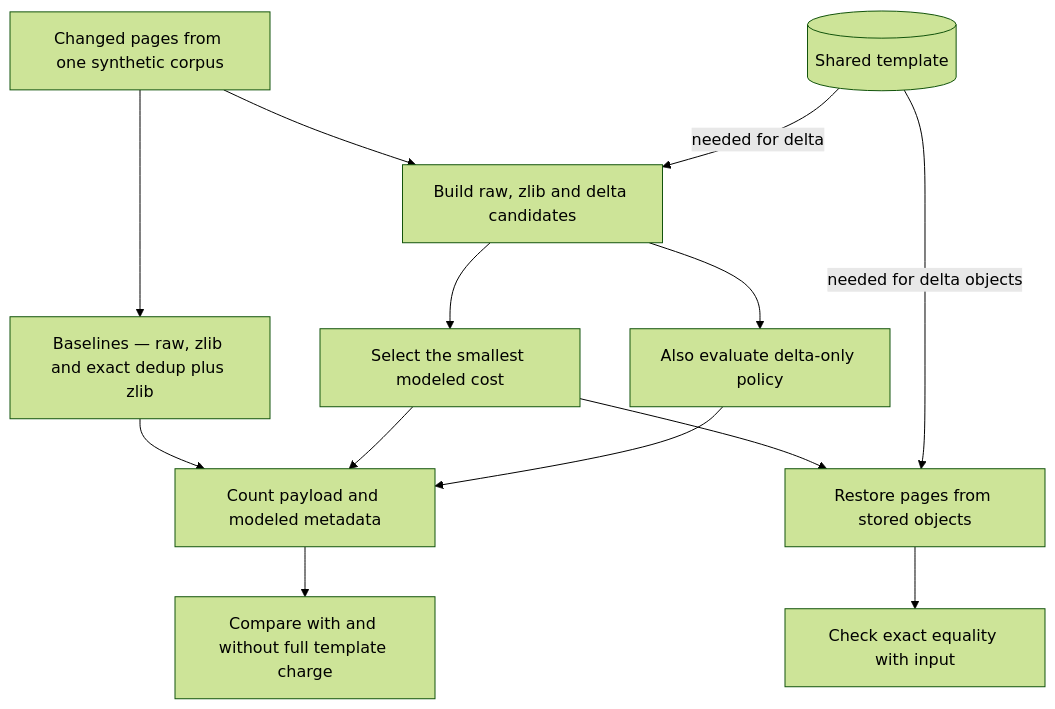
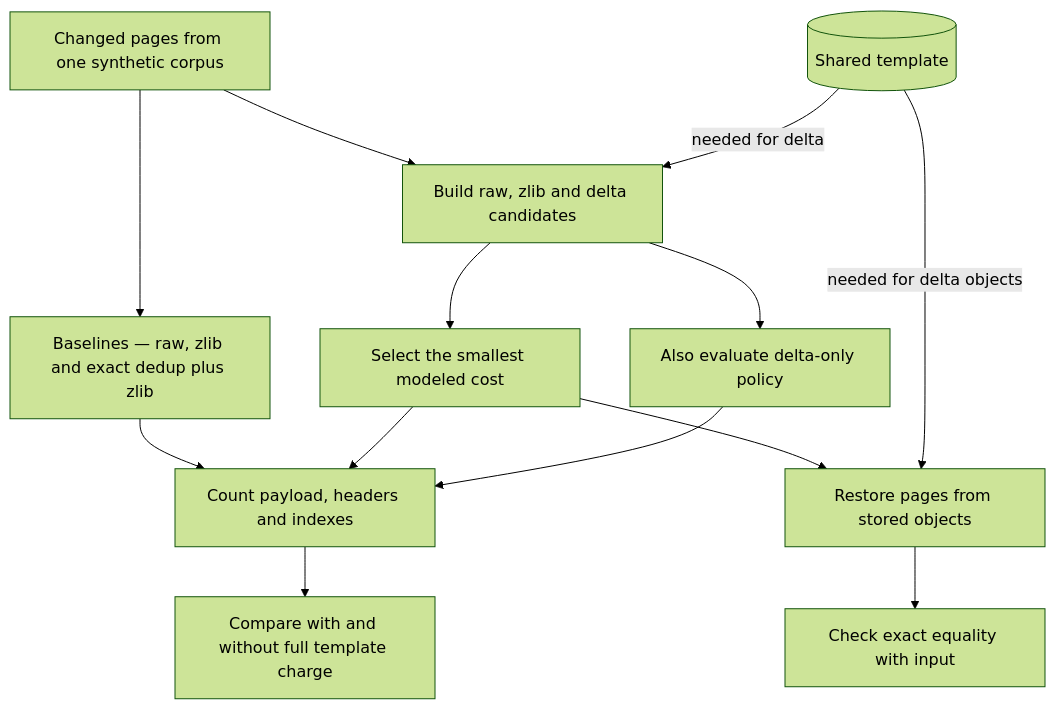
One commit to gael55x/template-delta-lab changed the first of 2 diagrams in docs/WALKTHROUGH.md. Above: the diagram before and after it, drawn with Mermaid (forest theme). The commit also changed other lines of this file and 7 other files, not shown here.

Commit message:
Clarify complete storage cost and remove diagram status banners

````diff
--- a/docs/WALKTHROUGH.md
+++ b/docs/WALKTHROUGH.md
@@ -42,15 +42,15 @@
 ```mermaid
 flowchart TD
     IN[Changed pages from one synthetic corpus] --> BASE[Baselines — raw, zlib and exact dedup plus zlib]
     IN --> CAND[Build raw, zlib and delta candidates]
     TPL[(Shared template)] -->|needed for delta| CAND
     CAND --> PICK[Select the smallest modeled cost]
     CAND --> DELTA[Also evaluate delta-only policy]
-    BASE --> COST[Count payload and modeled metadata]
+    BASE --> COST[Count payload, headers and indexes]
     PICK --> COST
     DELTA --> COST
     COST --> COMP[Compare with and without full template charge]
     PICK --> RESTORE[Restore pages from stored objects]
     TPL -->|needed for delta objects| RESTORE
     RESTORE --> CHECK[Check exact equality with input]
 ```
````
